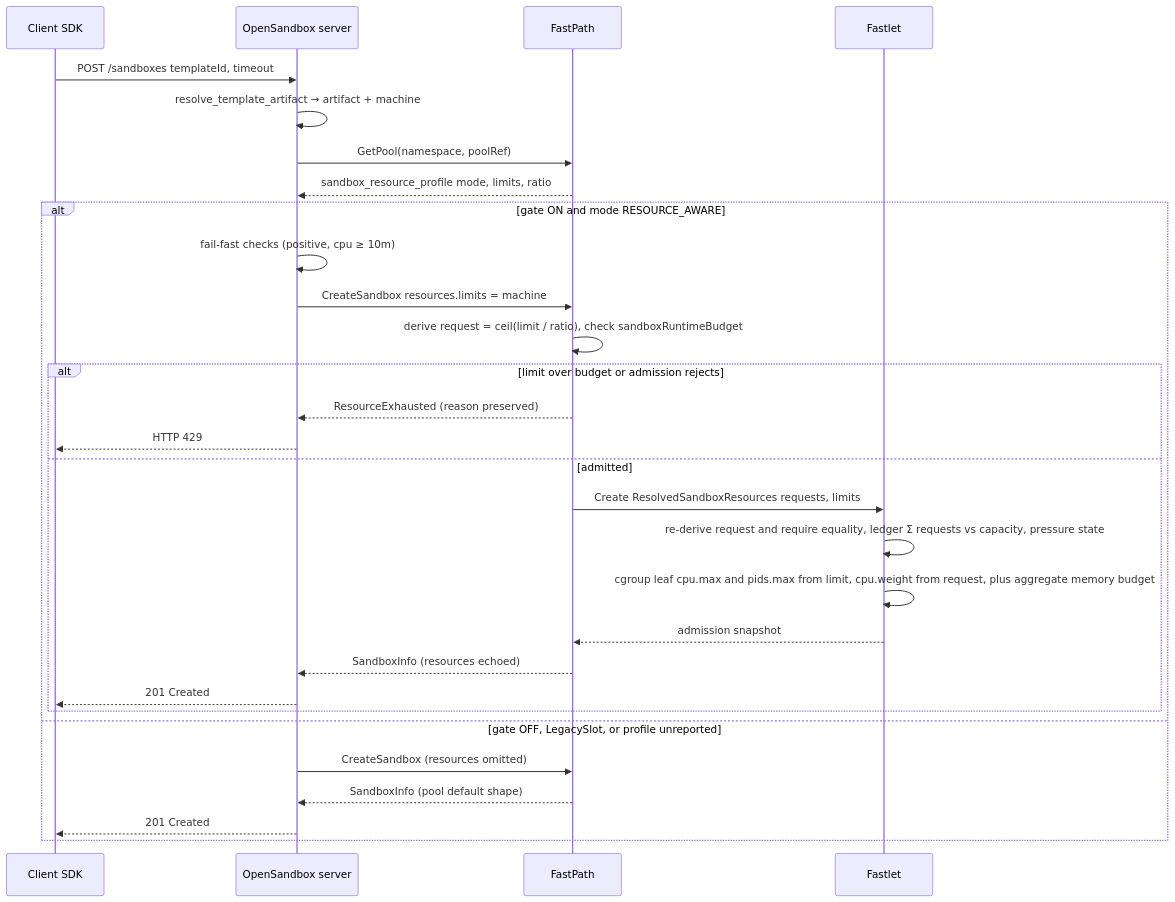
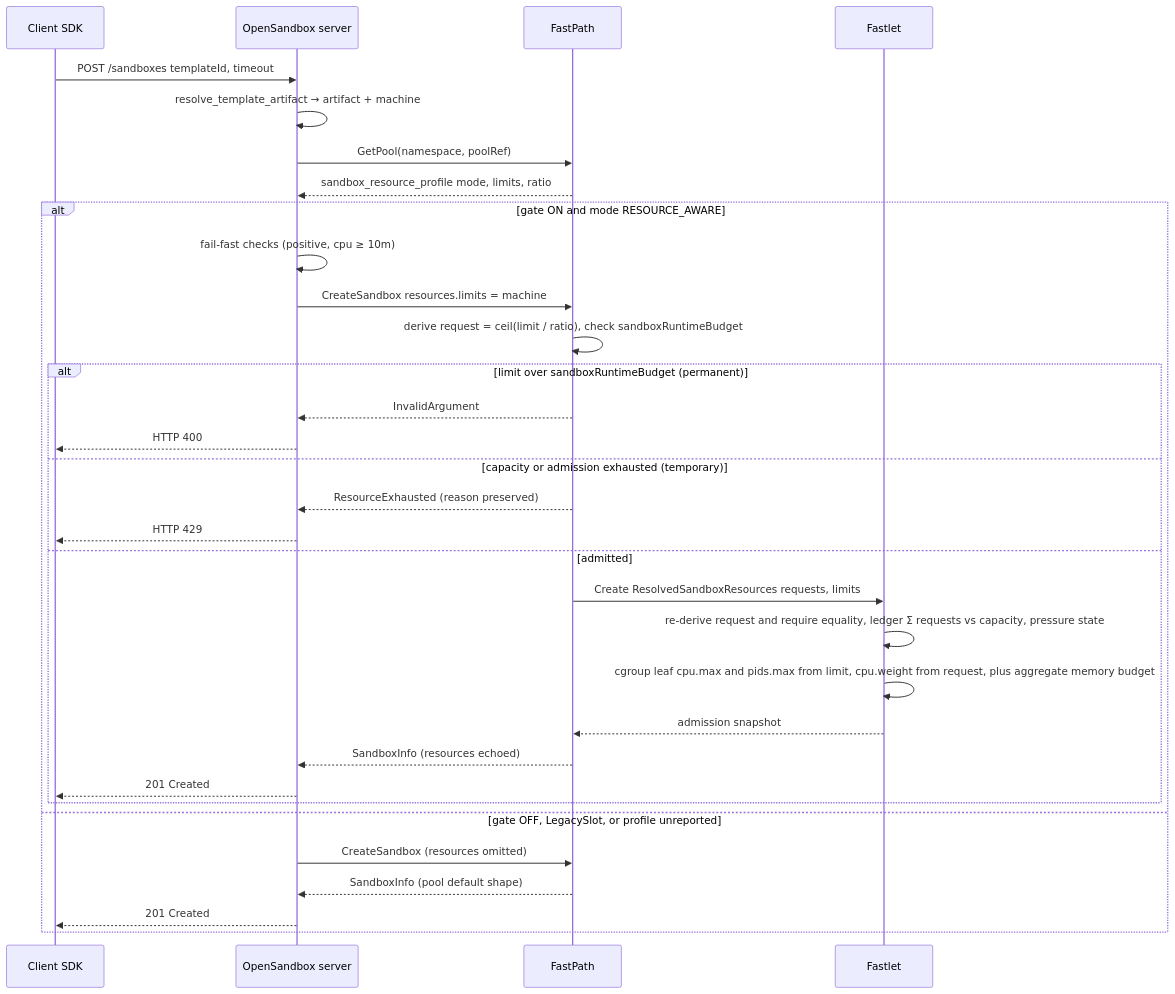
Before and after one commit to opensandbox-group/OpenSandbox: the second of 2 diagrams in oseps/0026-resource-oversubscription-accounting-for-fast-sandbox.md, drawn with Mermaid. The commit also changed other lines of this file and 1 other file, not shown here.

````diff
--- a/oseps/0026-resource-oversubscription-accounting-for-fast-sandbox.md
+++ b/oseps/0026-resource-oversubscription-accounting-for-fast-sandbox.md
@@ -100,32 +102,35 @@
 ```mermaid
 sequenceDiagram
     participant C as Client SDK
     participant S as OpenSandbox server
     participant FP as FastPath
     participant FL as Fastlet
 
     C->>S: POST /sandboxes templateId, timeout
     S->>S: resolve_template_artifact → artifact + machine
     S->>FP: GetPool(namespace, poolRef)
     FP-->>S: sandbox_resource_profile mode, limits, ratio
     alt gate ON and mode RESOURCE_AWARE
         S->>S: fail-fast checks (positive, cpu ≥ 10m)
         S->>FP: CreateSandbox resources.limits = machine
         FP->>FP: derive request = ceil(limit / ratio), check sandboxRuntimeBudget
-        alt limit over budget or admission rejects
+        alt limit over sandboxRuntimeBudget (permanent)
+            FP-->>S: InvalidArgument
+            S-->>C: HTTP 400
+        else capacity or admission exhausted (temporary)
             FP-->>S: ResourceExhausted (reason preserved)
             S-->>C: HTTP 429
         else admitted
             FP->>FL: Create ResolvedSandboxResources requests, limits
             FL->>FL: re-derive request and require equality, ledger Σ requests vs capacity, pressure state
             FL->>FL: cgroup leaf cpu.max and pids.max from limit, cpu.weight from request, plus aggregate memory budget
             FL-->>FP: admission snapshot
             FP-->>S: SandboxInfo (resources echoed)
             S-->>C: 201 Created
         end
     else gate OFF, LegacySlot, or profile unreported
         S->>FP: CreateSandbox (resources omitted)
         FP-->>S: SandboxInfo (pool default shape)
         S-->>C: 201 Created
     end
 ```
````
